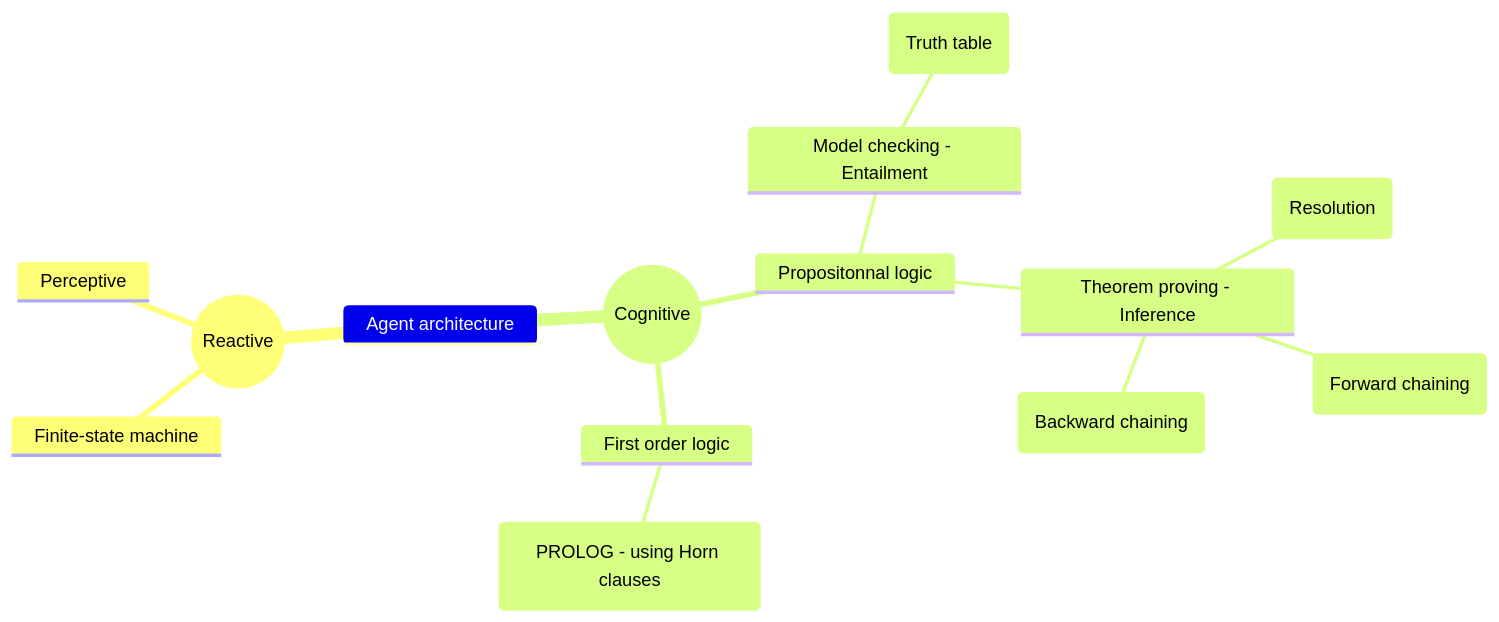
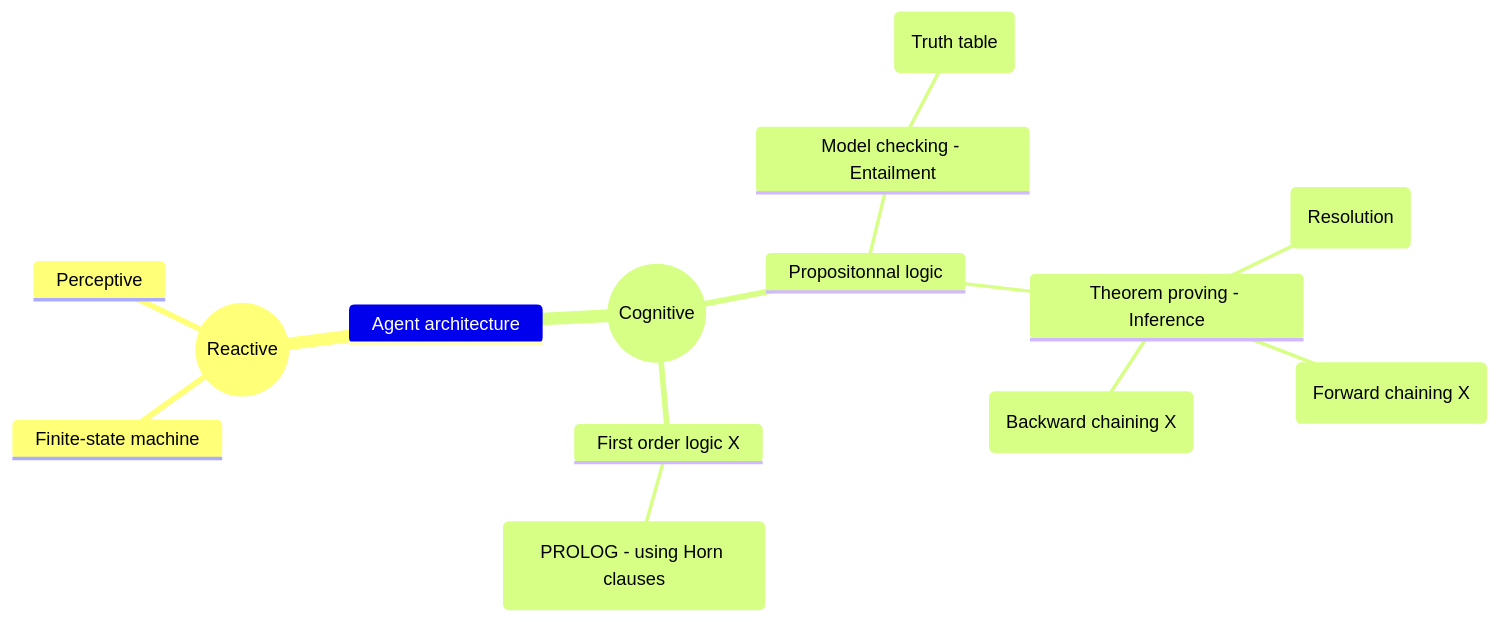
The diagram in multi_agents.md (louis-marceron/MultiAgent), drawn with Mermaid before and after one commit. The commit also changed 1 other file, not shown here.

Commit message:
l'herbe pousse

````diff
--- a/multi_agents.md
+++ b/multi_agents.md
@@ -5,18 +5,18 @@
 ```mermaid
 mindmap
   Agent architecture
     ((Reactive))
         Finite-state machine
         Perceptive
     ((Cognitive))
         Propositonnal logic
             Model checking - Entailment
                 (Truth table)
             Theorem proving - Inference
                 (Resolution)
-                (Forward chaining)
-                (Backward chaining)
+                (Forward chaining X)
+                (Backward chaining X)
 
-        First order logic
+        First order logic X
             (PROLOG - using Horn clauses)
 ```
````
